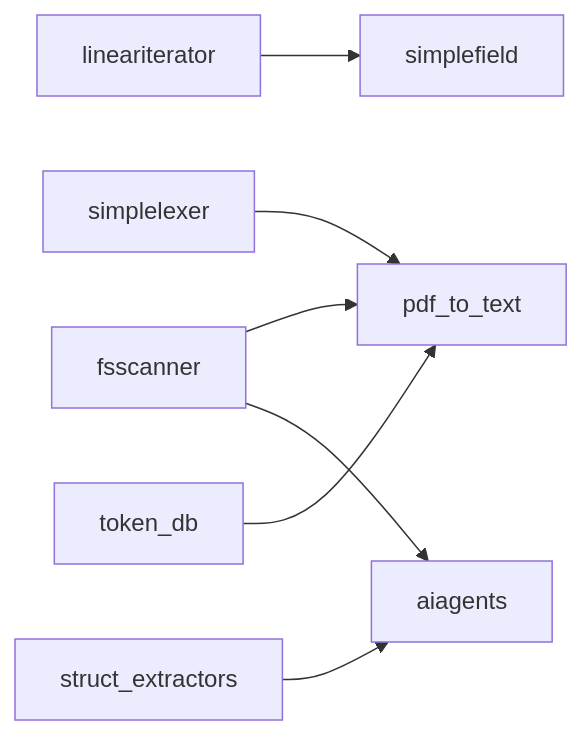
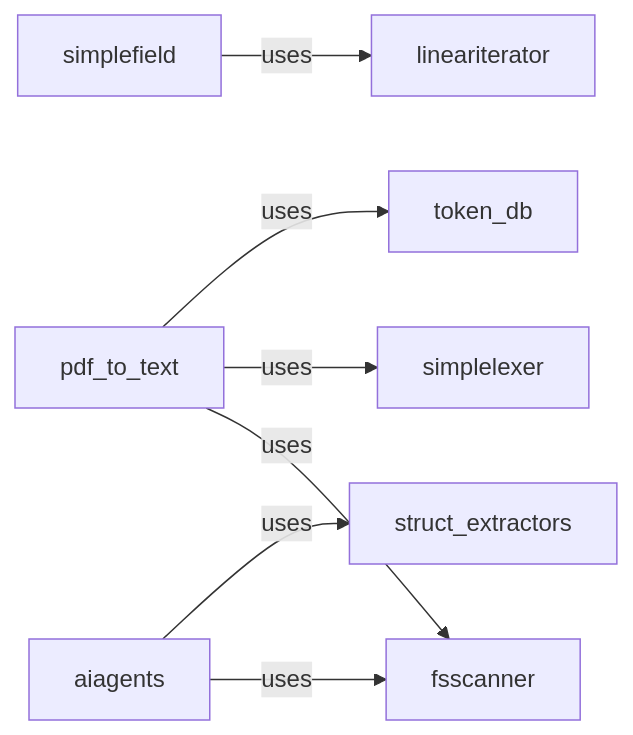
One commit to witold-k/witold-k changed the third of 3 diagrams in README.md. Above: the diagram before and after it, drawn with Mermaid. The commit also changed other lines of this file, not shown here.

Commit message:
Make diagram semantics and data flow explicit

````diff
--- a/README.md
+++ b/README.md
@@ -79,9 +83,9 @@
 ```mermaid
 flowchart LR
-    LI[lineariterator] --> SF[simplefield]
-    FS[fsscanner] --> PDF[pdf_to_text]
-    LX[simplelexer] --> PDF
-    T[token_db] --> PDF
-    FS --> A[aiagents]
-    SE[struct_extractors] --> A
+    SF[simplefield] -->|uses| LI[lineariterator]
+    PDF[pdf_to_text] -->|uses| FS[fsscanner]
+    PDF -->|uses| LX[simplelexer]
+    PDF -->|uses| T[token_db]
+    A[aiagents] -->|uses| FS
+    A -->|uses| SE[struct_extractors]
 ```
````
